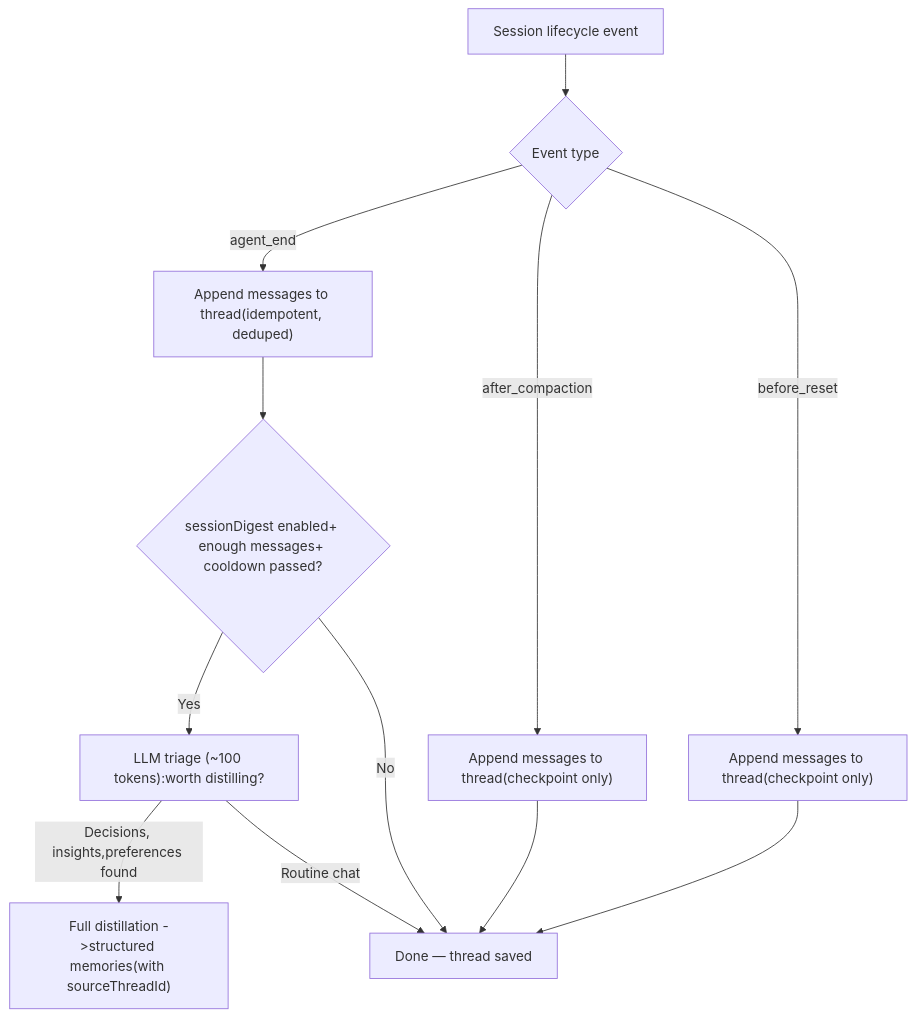
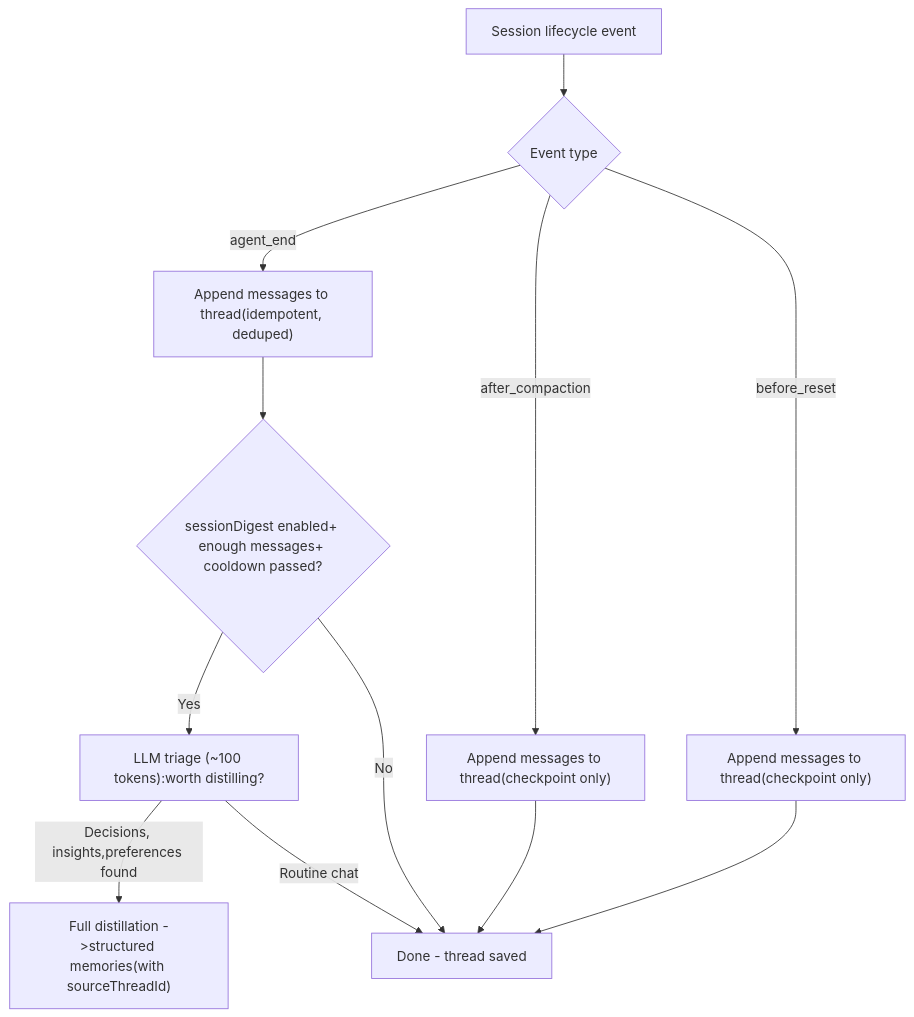
One commit to nowledge-co/community changed the second of 5 diagrams in nowledge-mem-openclaw-plugin/README.md. Above: the diagram before and after it, drawn with Mermaid. The commit also changed other lines of this file and 2 other files, not shown here.

````diff
--- a/nowledge-mem-openclaw-plugin/README.md
+++ b/nowledge-mem-openclaw-plugin/README.md
@@ -107,17 +99,17 @@
 ```mermaid
 flowchart TD
     A["Session lifecycle event"] --> B{"Event type"}
 
     B -->|"agent_end"| C["Append messages to thread(idempotent, deduped)"]
     B -->|"after_compaction"| D["Append messages to thread(checkpoint only)"]
     B -->|"before_reset"| E["Append messages to thread(checkpoint only)"]
 
     C --> F{"sessionDigest enabled+ enough messages+ cooldown passed?"}
     F -->|"Yes"| G["LLM triage (~100 tokens):worth distilling?"]
-    F -->|"No"| H["Done — thread saved"]
+    F -->|"No"| H["Done - thread saved"]
     G -->|"Decisions, insights,preferences found"| I["Full distillation ->structured memories(with sourceThreadId)"]
     G -->|"Routine chat"| H
 
     D --> H
     E --> H
 ```
````
